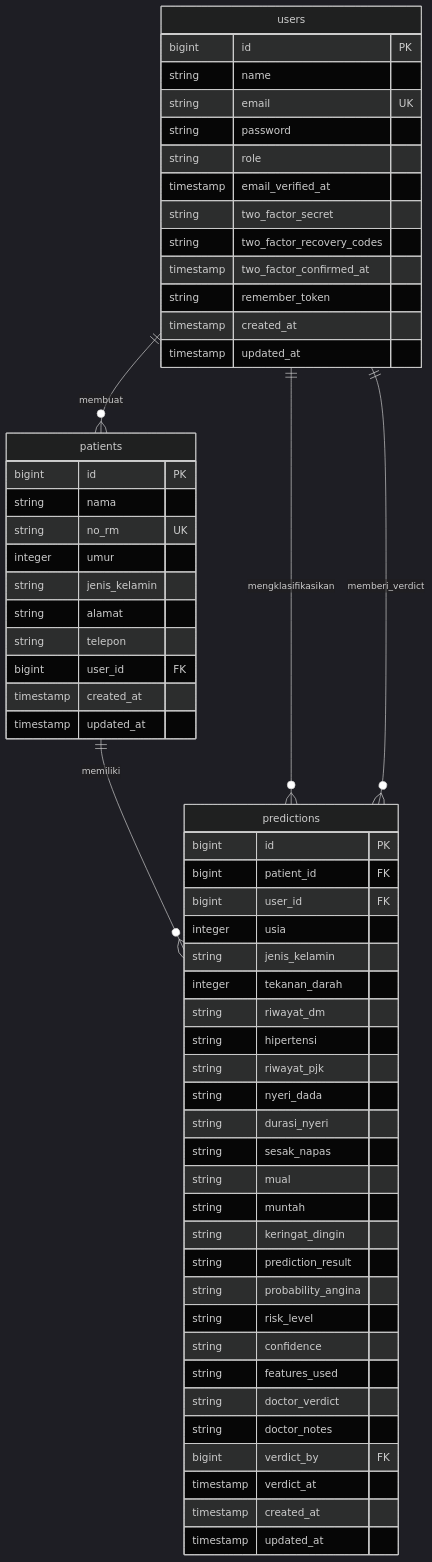
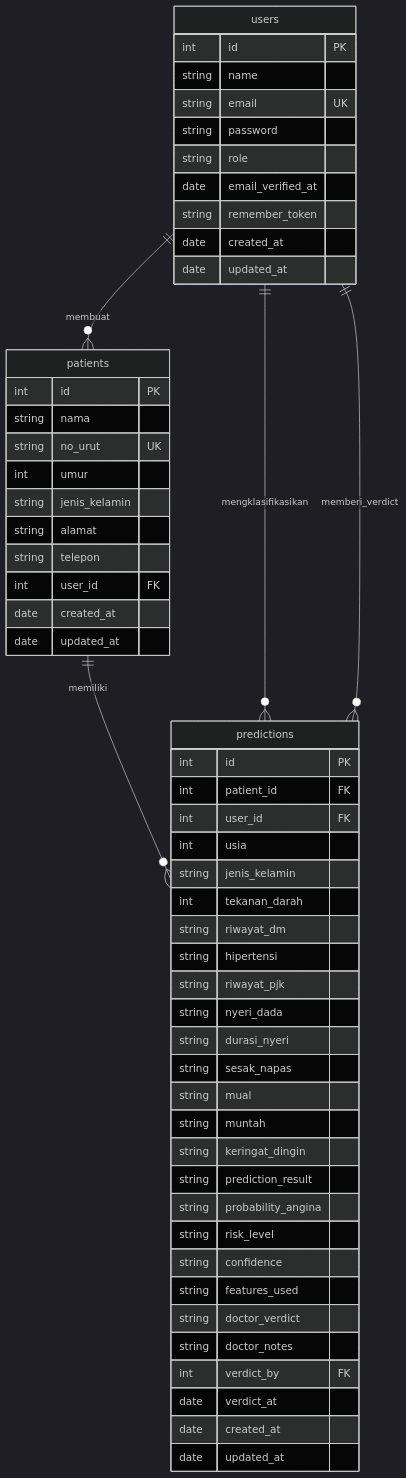
The diagram in web/docs/diagrams/erd.mmd (9-9-9x/angina-pektoris-detection), drawn with Mermaid (dark theme) before and after one commit. The commit also changed 4 other files, not shown here.

```diff
--- a/web/docs/diagrams/erd.mmd
+++ b/web/docs/diagrams/erd.mmd
@@ -1,62 +1,59 @@
 erDiagram
     users {
-        bigint id PK
+        int id PK
         string name
         string email UK
         string password
         string role
-        timestamp email_verified_at
-        string two_factor_secret
-        string two_factor_recovery_codes
-        timestamp two_factor_confirmed_at
+        date email_verified_at
         string remember_token
-        timestamp created_at
-        timestamp updated_at
+        date created_at
+        date updated_at
     }
 
     patients {
-        bigint id PK
+        int id PK
         string nama
-        string no_rm UK
-        integer umur
+        string no_urut UK
+        int umur
         string jenis_kelamin
         string alamat
         string telepon
-        bigint user_id FK
-        timestamp created_at
-        timestamp updated_at
+        int user_id FK
+        date created_at
+        date updated_at
     }
 
     predictions {
-        bigint id PK
-        bigint patient_id FK
-        bigint user_id FK
-        integer usia
+        int id PK
+        int patient_id FK
+        int user_id FK
+        int usia
         string jenis_kelamin
-        integer tekanan_darah
+        int tekanan_darah
         string riwayat_dm
         string hipertensi
         string riwayat_pjk
         string nyeri_dada
         string durasi_nyeri
         string sesak_napas
         string mual
         string muntah
         string keringat_dingin
         string prediction_result
         string probability_angina
         string risk_level
         string confidence
         string features_used
         string doctor_verdict
         string doctor_notes
-        bigint verdict_by FK
-        timestamp verdict_at
-        timestamp created_at
-        timestamp updated_at
+        int verdict_by FK
+        date verdict_at
+        date created_at
+        date updated_at
     }
 
     users ||--o{ patients : membuat
     patients ||--o{ predictions : memiliki
     users ||--o{ predictions : mengklasifikasikan
     users ||--o{ predictions : memberi_verdict
```
